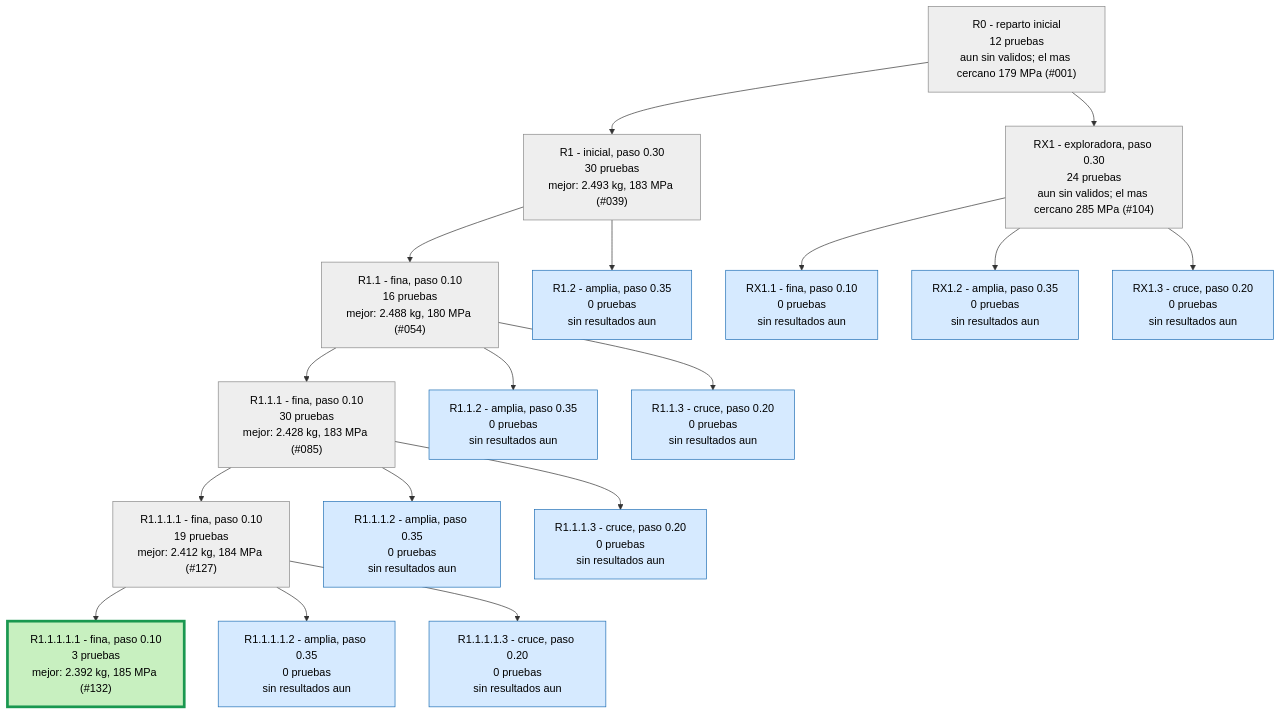
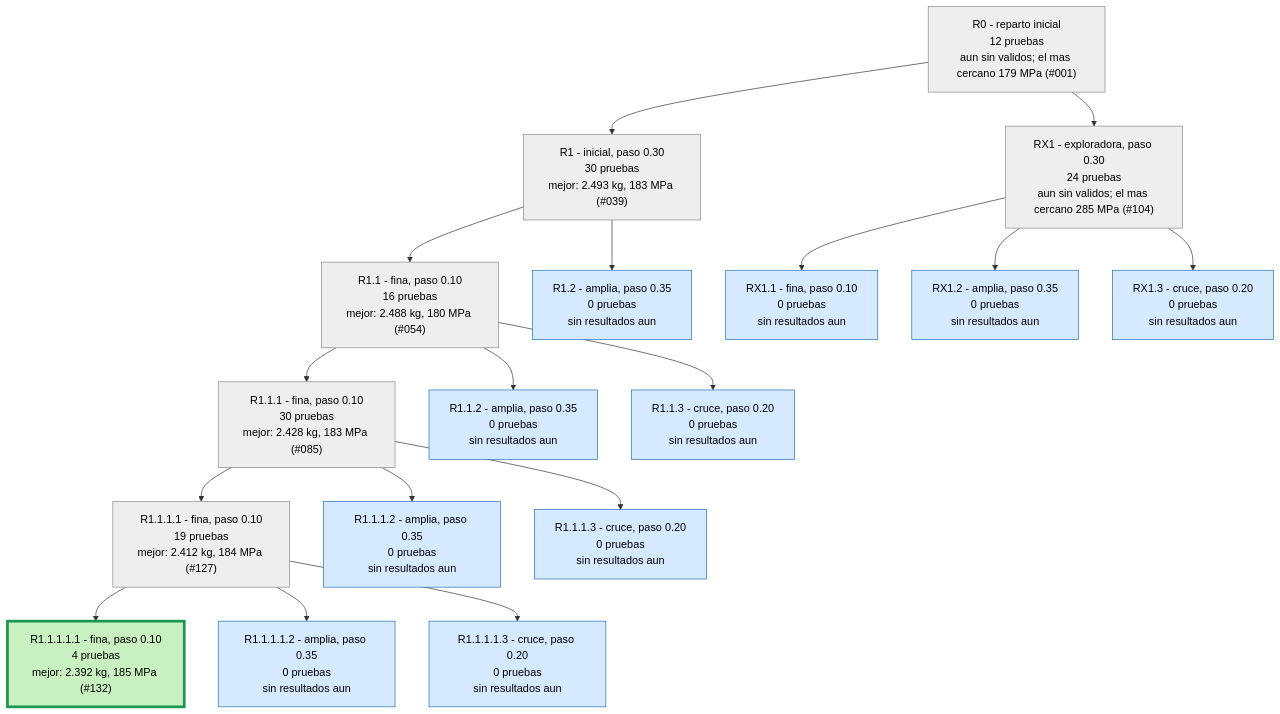
One commit to Hugiko/msd-soporte-optimizacion changed the second of 3 diagrams in runs/opt_37800N/ARBOL.md. Above: the diagram before and after it, drawn with Mermaid. The commit also changed 20 other files, not shown here.

````diff
--- a/runs/opt_37800N/ARBOL.md
+++ b/runs/opt_37800N/ARBOL.md
@@ -29,39 +29,39 @@
 ```mermaid
 graph TD
 classDef activa fill:#d6eaff,stroke:#1f6fb5,color:#000
 classDef fin fill:#eeeeee,stroke:#888,color:#000
 classDef mejor fill:#c8f0c0,stroke:#1a9850,stroke-width:4px,color:#000
 R0["R0 - reparto inicial<br/>12 pruebas<br/>aun sin validos; el mas cercano 179 MPa (#001)"]:::fin
 R1["R1 - inicial, paso 0.30<br/>30 pruebas<br/>mejor: 2.493 kg, 183 MPa (#039)"]:::fin
 R0 --> R1
 R1_1["R1.1 - fina, paso 0.10<br/>16 pruebas<br/>mejor: 2.488 kg, 180 MPa (#054)"]:::fin
 R1 --> R1_1
 R1_2["R1.2 - amplia, paso 0.35<br/>0 pruebas<br/>sin resultados aun"]:::activa
 R1 --> R1_2
 R1_1_1["R1.1.1 - fina, paso 0.10<br/>30 pruebas<br/>mejor: 2.428 kg, 183 MPa (#085)"]:::fin
 R1_1 --> R1_1_1
 R1_1_2["R1.1.2 - amplia, paso 0.35<br/>0 pruebas<br/>sin resultados aun"]:::activa
 R1_1 --> R1_1_2
 R1_1_3["R1.1.3 - cruce, paso 0.20<br/>0 pruebas<br/>sin resultados aun"]:::activa
 R1_1 --> R1_1_3
 R1_1_1_1["R1.1.1.1 - fina, paso 0.10<br/>19 pruebas<br/>mejor: 2.412 kg, 184 MPa (#127)"]:::fin
 R1_1_1 --> R1_1_1_1
 R1_1_1_2["R1.1.1.2 - amplia, paso 0.35<br/>0 pruebas<br/>sin resultados aun"]:::activa
 R1_1_1 --> R1_1_1_2
 R1_1_1_3["R1.1.1.3 - cruce, paso 0.20<br/>0 pruebas<br/>sin resultados aun"]:::activa
 R1_1_1 --> R1_1_1_3
 RX1["RX1 - exploradora, paso 0.30<br/>24 pruebas<br/>aun sin validos; el mas cercano 285 MPa (#104)"]:::fin
 R0 --> RX1
 RX1_1["RX1.1 - fina, paso 0.10<br/>0 pruebas<br/>sin resultados aun"]:::activa
 RX1 --> RX1_1
 RX1_2["RX1.2 - amplia, paso 0.35<br/>0 pruebas<br/>sin resultados aun"]:::activa
 RX1 --> RX1_2
 RX1_3["RX1.3 - cruce, paso 0.20<br/>0 pruebas<br/>sin resultados aun"]:::activa
 RX1 --> RX1_3
-R1_1_1_1_1["R1.1.1.1.1 - fina, paso 0.10<br/>3 pruebas<br/>mejor: 2.392 kg, 185 MPa (#132)"]:::mejor
+R1_1_1_1_1["R1.1.1.1.1 - fina, paso 0.10<br/>4 pruebas<br/>mejor: 2.392 kg, 185 MPa (#132)"]:::mejor
 R1_1_1_1 --> R1_1_1_1_1
 R1_1_1_1_2["R1.1.1.1.2 - amplia, paso 0.35<br/>0 pruebas<br/>sin resultados aun"]:::activa
 R1_1_1_1 --> R1_1_1_1_2
 R1_1_1_1_3["R1.1.1.1.3 - cruce, paso 0.20<br/>0 pruebas<br/>sin resultados aun"]:::activa
 R1_1_1_1 --> R1_1_1_1_3
 ```
````
